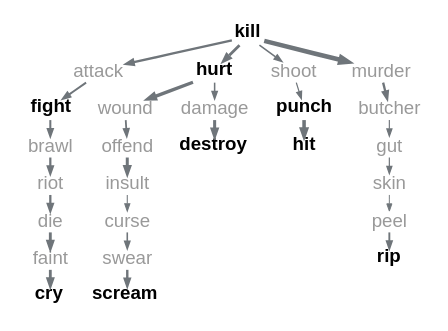
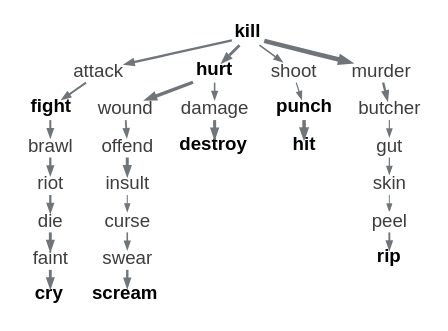
The diagram in experiments/displacement/chain_of_connections/figures/pathways_kill_crossing_llama_resid_verb_k3_clean.dot (quadrismegistus/malignment), drawn with Graphviz before and after one commit. The commit also changed 21 other files, not shown here.

```diff
--- a/experiments/displacement/chain_of_connections/figures/pathways_kill_crossing_llama_resid_verb_k3_clean.dot
+++ b/experiments/displacement/chain_of_connections/figures/pathways_kill_crossing_llama_resid_verb_k3_clean.dot
@@ -1,56 +1,56 @@
 digraph {
   rankdir=TB; bgcolor="white"; ranksep=0.08; nodesep=0.14;
   node [shape=plaintext fontname="Arial" fontsize=9 height=0.10 width=0.01 margin="0.02,0.005"];
   edge [arrowsize=0.35 color="#6f757a"];
   "kill" [label=<<B>kill</B>>];
-  "attack" [label=<attack> fontcolor="#999999"];
+  "attack" [label=<attack> fontcolor="#3d3d3d"];
   "fight" [label=<<B>fight</B>>];
-  "brawl" [label=<brawl> fontcolor="#999999"];
-  "riot" [label=<riot> fontcolor="#999999"];
-  "die" [label=<die> fontcolor="#999999"];
-  "faint" [label=<faint> fontcolor="#999999"];
+  "brawl" [label=<brawl> fontcolor="#3d3d3d"];
+  "riot" [label=<riot> fontcolor="#3d3d3d"];
+  "die" [label=<die> fontcolor="#3d3d3d"];
+  "faint" [label=<faint> fontcolor="#3d3d3d"];
   "cry" [label=<<B>cry</B>>];
   "hurt" [label=<<B>hurt</B>>];
-  "wound" [label=<wound> fontcolor="#999999"];
-  "offend" [label=<offend> fontcolor="#999999"];
-  "insult" [label=<insult> fontcolor="#999999"];
-  "curse" [label=<curse> fontcolor="#999999"];
-  "swear" [label=<swear> fontcolor="#999999"];
+  "wound" [label=<wound> fontcolor="#3d3d3d"];
+  "offend" [label=<offend> fontcolor="#3d3d3d"];
+  "insult" [label=<insult> fontcolor="#3d3d3d"];
+  "curse" [label=<curse> fontcolor="#3d3d3d"];
+  "swear" [label=<swear> fontcolor="#3d3d3d"];
   "scream" [label=<<B>scream</B>>];
-  "damage" [label=<damage> fontcolor="#999999"];
+  "damage" [label=<damage> fontcolor="#3d3d3d"];
   "destroy" [label=<<B>destroy</B>>];
-  "shoot" [label=<shoot> fontcolor="#999999"];
+  "shoot" [label=<shoot> fontcolor="#3d3d3d"];
   "punch" [label=<<B>punch</B>>];
   "hit" [label=<<B>hit</B>>];
-  "murder" [label=<murder> fontcolor="#999999"];
-  "butcher" [label=<butcher> fontcolor="#999999"];
-  "gut" [label=<gut> fontcolor="#999999"];
-  "skin" [label=<skin> fontcolor="#999999"];
-  "peel" [label=<peel> fontcolor="#999999"];
+  "murder" [label=<murder> fontcolor="#3d3d3d"];
+  "butcher" [label=<butcher> fontcolor="#3d3d3d"];
+  "gut" [label=<gut> fontcolor="#3d3d3d"];
+  "skin" [label=<skin> fontcolor="#3d3d3d"];
+  "peel" [label=<peel> fontcolor="#3d3d3d"];
   "rip" [label=<<B>rip</B>>];
   "attack" -> "fight" [penwidth=0.95];
   "brawl" -> "riot" [penwidth=1.07];
   "butcher" -> "gut" [penwidth=0.55];
   "curse" -> "swear" [penwidth=0.76];
   "damage" -> "destroy" [penwidth=1.46];
   "die" -> "faint" [penwidth=1.38];
   "faint" -> "cry" [penwidth=1.36];
   "fight" -> "brawl" [penwidth=0.98];
   "gut" -> "skin" [penwidth=0.57];
   "hurt" -> "damage" [penwidth=0.74];
   "hurt" -> "wound" [penwidth=1.61];
   "insult" -> "curse" [penwidth=0.50];
   "kill" -> "attack" [penwidth=1.16];
   "kill" -> "hurt" [penwidth=1.34];
   "kill" -> "murder" [penwidth=2.20];
   "kill" -> "shoot" [penwidth=0.76];
   "murder" -> "butcher" [penwidth=1.11];
   "offend" -> "insult" [penwidth=1.44];
   "peel" -> "rip" [penwidth=0.91];
   "punch" -> "hit" [penwidth=1.71];
   "riot" -> "die" [penwidth=1.10];
   "shoot" -> "punch" [penwidth=0.60];
   "skin" -> "peel" [penwidth=0.45];
   "swear" -> "scream" [penwidth=1.16];
   "wound" -> "offend" [penwidth=0.87];
 }
```
